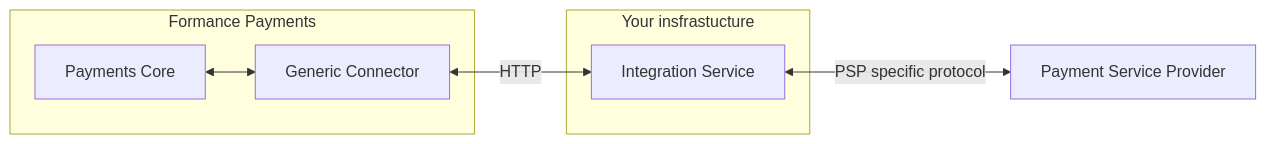
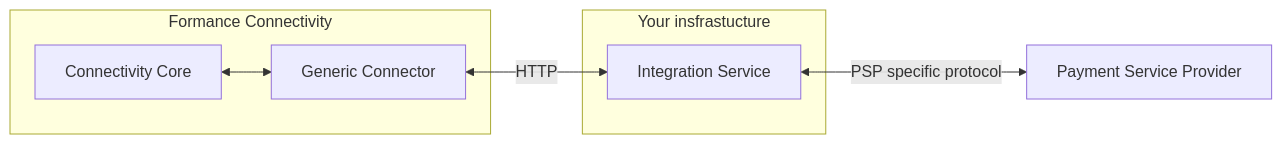
Before and after one commit to formancehq/docs: the diagram in docs/payments/connectors/generic/getting-started.md, drawn with Mermaid. The commit also changed other lines of this file and 11 other files, not shown here.

Commit message:
feat: Rebrand Payments to Connectivity

````diff
--- a/docs/payments/connectors/generic/getting-started.md
+++ b/docs/payments/connectors/generic/getting-started.md
@@ -12,14 +12,14 @@
 ```mermaid
 graph LR
-  Payments["Payments Core"]
-  connector["Generic Connector"] 
+  Connectivity["Connectivity Core"]
+  connector["Generic Connector"]
   service["Integration Service"]
   psp["Payment Service Provider"]
-  subgraph Formance Payments
-    Payments <--> connector
+  subgraph Formance Connectivity
+    Connectivity <--> connector
   end
   subgraph Your insfrastucture
     connector <-- HTTP --> service
   end
   service <-- PSP specific protocol --> psp
 ```
````
